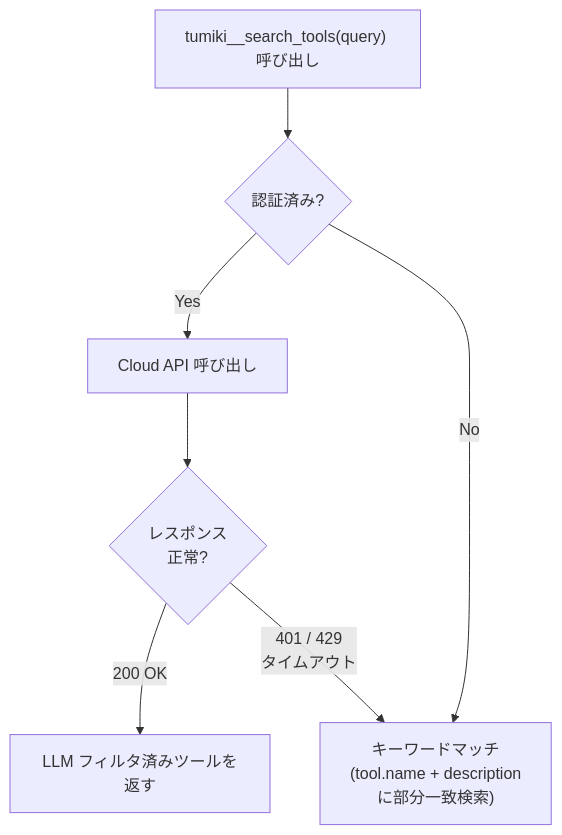
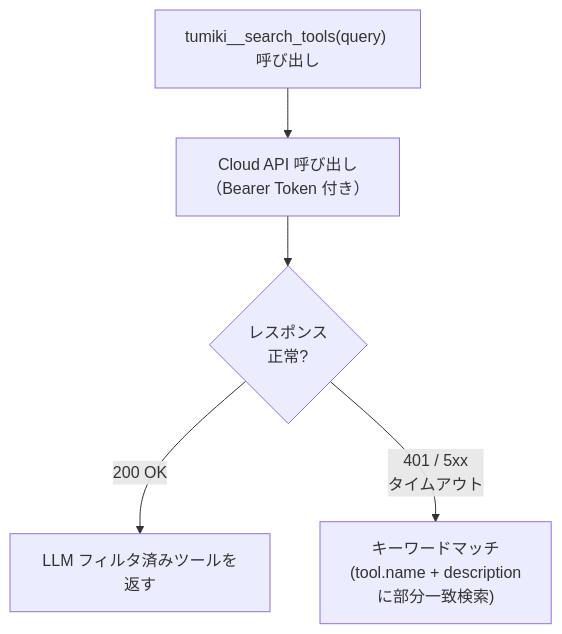
The fourth of 5 diagrams in .claude/dynamic-tool-search-design.md (rayven122/tumiki), drawn with Mermaid before and after one commit. The commit also changed other lines of this file, not shown here.

Commit message:
docs: update design - personal profile requires mandatory Keycloak auth, org profile supports self-hosted or cloud Keycloak

````diff
--- a/.claude/dynamic-tool-search-design.md
+++ b/.claude/dynamic-tool-search-design.md
@@ -286,16 +326,12 @@
 ```mermaid
 flowchart TD
     CALL["tumiki__search_tools(query) 呼び出し"]
-    AUTH{"認証済み?"}
-    API["Cloud API 呼び出し"]
+    API["Cloud API 呼び出し\n（Bearer Token 付き）"]
     OK{"レスポンス\n正常?"}
     LLM_RES["LLM フィルタ済みツールを返す"]
     KW["キーワードマッチ\n(tool.name + description\nに部分一致検索)"]
 
-    CALL --> AUTH
-    AUTH -->|"Yes"| API
-    AUTH -->|"No"| KW
-    API --> OK
+    CALL --> API --> OK
     OK -->|"200 OK"| LLM_RES
-    OK -->|"401 / 429\nタイムアウト"| KW
+    OK -->|"401 / 5xx\nタイムアウト"| KW
 ```
````
